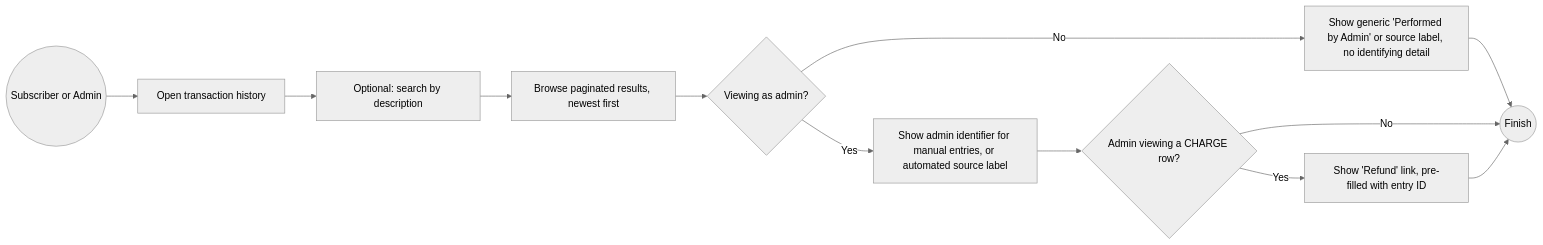
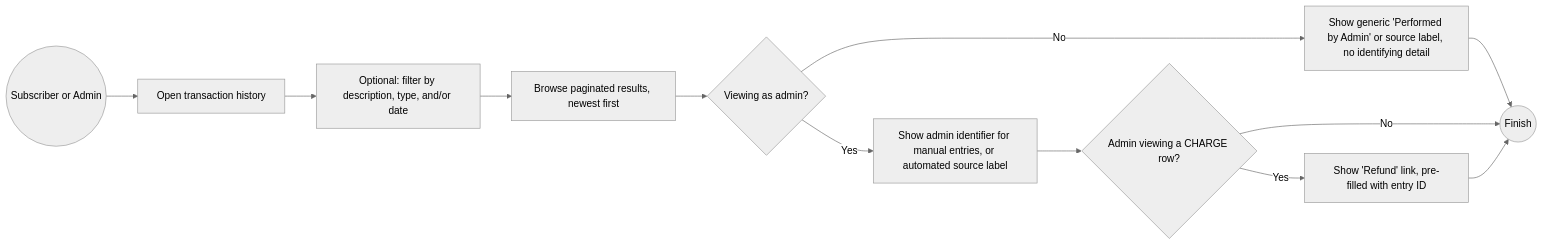
One commit to m000gg/unit-billing changed the first of 2 diagrams in docs/features/transaction-history-5.md. Above: the diagram before and after it, drawn with Mermaid (neutral theme). The commit also changed other lines of this file and 10 other files, not shown here.

````diff
--- a/docs/features/transaction-history-5.md
+++ b/docs/features/transaction-history-5.md
@@ -31,14 +32,14 @@
 ```mermaid
 flowchart LR
     Start((Subscriber or Admin)) --> OpenLedger[Open transaction history]
-    OpenLedger --> Search[Optional: search by description]
-    Search --> Paginate[Browse paginated results, newest first]
+    OpenLedger --> Filter[Optional: filter by description, type, and/or date]
+    Filter --> Paginate[Browse paginated results, newest first]
     Paginate --> SourceCheck{Viewing as admin?}
     SourceCheck -- Yes --> ShowAdminSource[Show admin identifier for manual entries, or automated source label]
     SourceCheck -- No --> ShowClientSource[Show generic 'Performed by Admin' or source label, no identifying detail]
     ShowAdminSource --> RefundCheck{Admin viewing a CHARGE row?}
     ShowClientSource --> End((Finish))
     RefundCheck -- Yes --> RefundLink[Show 'Refund' link, pre-filled with entry ID]
     RefundCheck -- No --> End
     RefundLink --> End
 ```
````
